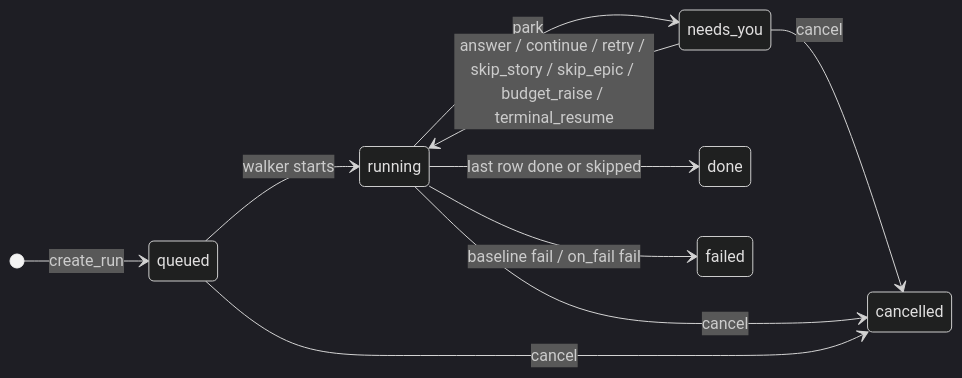
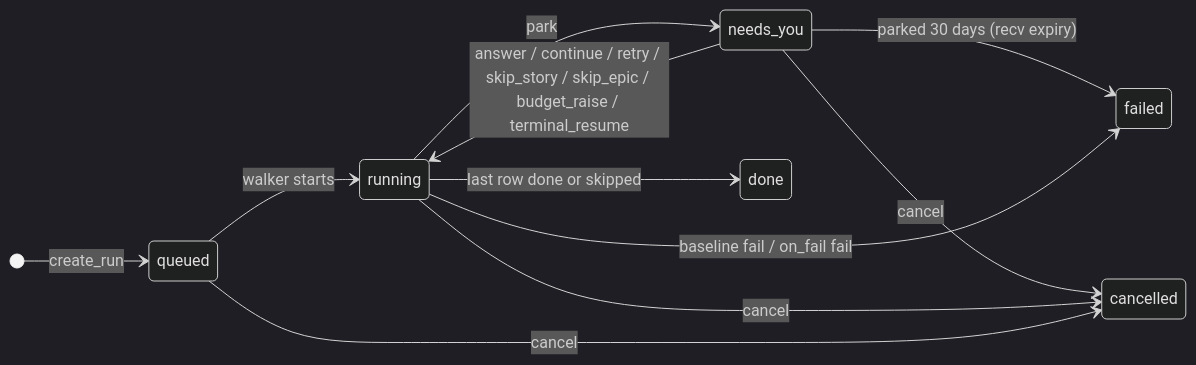
Before and after one commit to rebecamurillo/ai-orchestrator: the second of 6 diagrams in _bmad-output/planning-artifacts/mvp/architecture/ARCHITECTURE-SPINE.md, drawn with Mermaid (dark theme). The commit also changed other lines of this file and 36 other files, not shown here.

````diff
--- a/_bmad-output/planning-artifacts/mvp/architecture/ARCHITECTURE-SPINE.md
+++ b/_bmad-output/planning-artifacts/mvp/architecture/ARCHITECTURE-SPINE.md
@@ -108,13 +108,14 @@
 ```mermaid
 stateDiagram-v2
   direction LR
   [*] --> queued: create_run
   queued --> running: walker starts
   running --> needs_you: park
   needs_you --> running: answer / continue / retry / skip_story / skip_epic / budget_raise / terminal_resume
+  needs_you --> failed: parked 30 days (recv expiry)
   running --> done: last row done or skipped
   running --> failed: baseline fail / on_fail fail
   needs_you --> cancelled: cancel
   running --> cancelled: cancel
   queued --> cancelled: cancel
 ```
````
